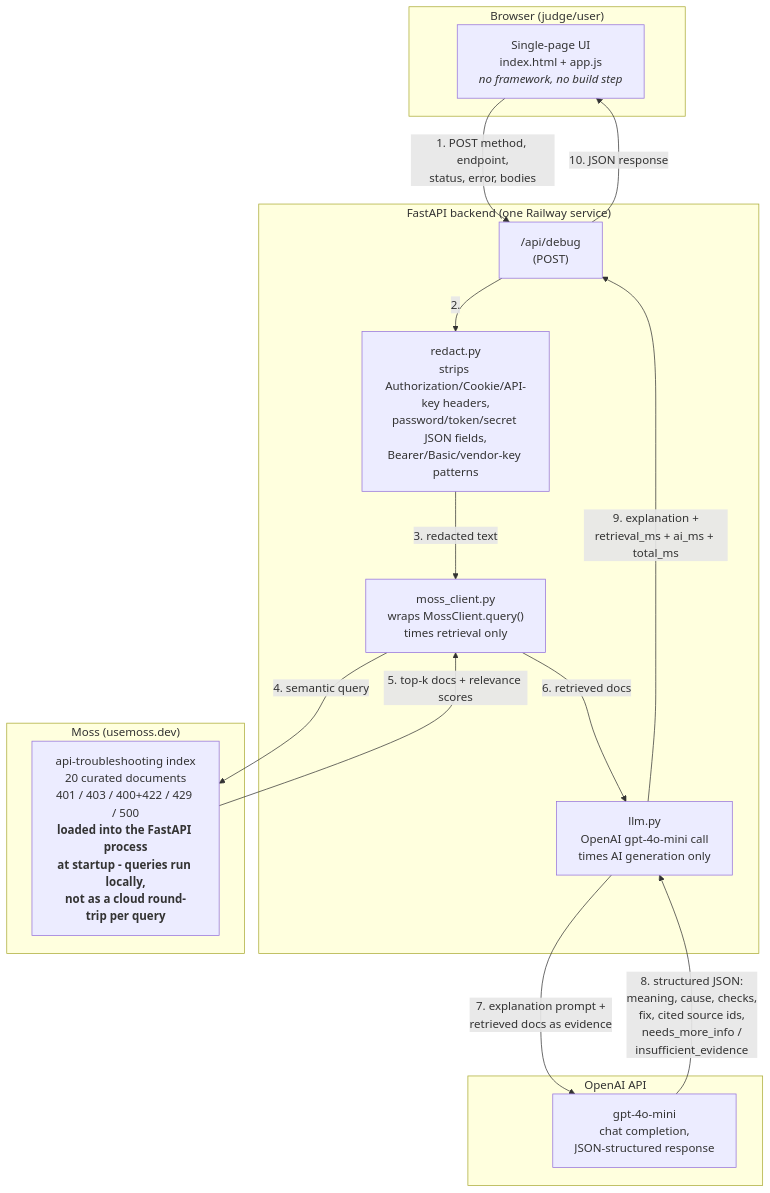
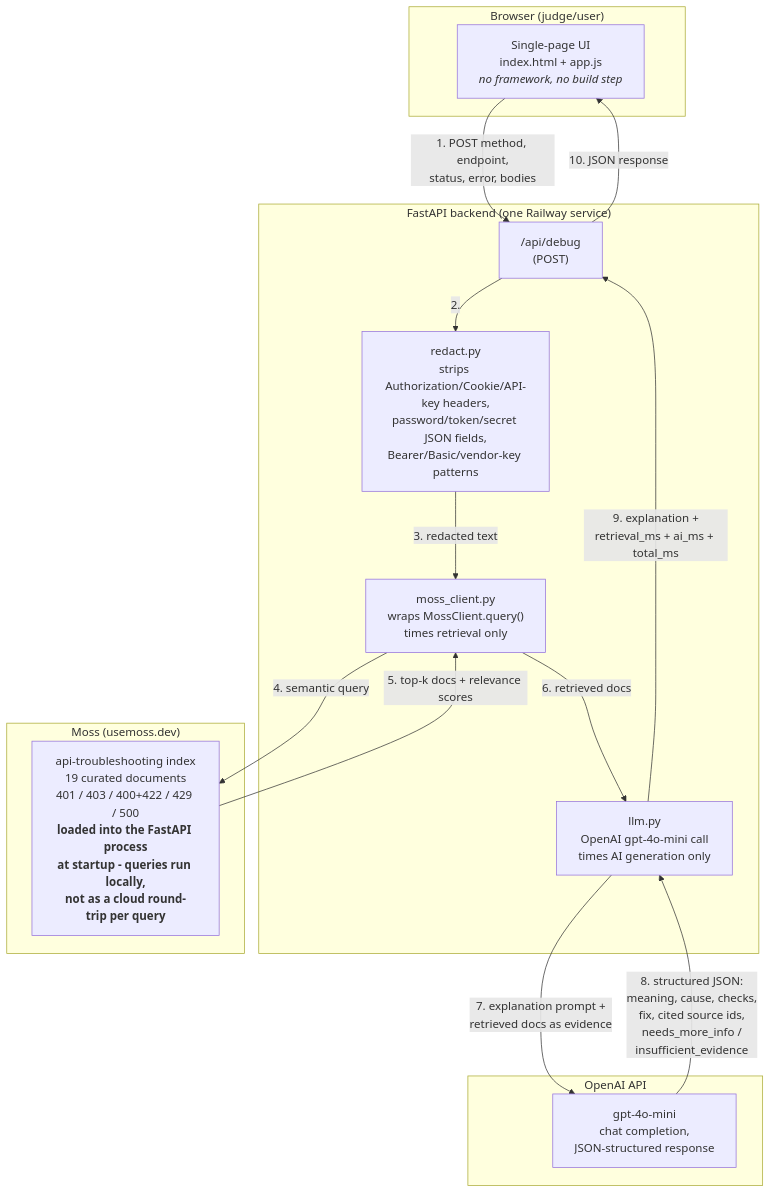
Before and after one commit to Madhuri-4596/reqbro-assist: the diagram in ARCHITECTURE.md, drawn with Mermaid. The commit also changed other lines of this file and 8 other files, not shown here.

````diff
--- a/ARCHITECTURE.md
+++ b/ARCHITECTURE.md
@@ -5,32 +5,32 @@
 ```mermaid
 flowchart TB
     subgraph Client["Browser (judge/user)"]
         UI["Single-page UI<br/>index.html + app.js<br/><i>no framework, no build step</i>"]
     end
 
     subgraph Server["FastAPI backend (one Railway service)"]
         API["/api/debug<br/>(POST)"]
         Redact["redact.py<br/>strips Authorization/Cookie/API-key headers,<br/>password/token/secret JSON fields,<br/>Bearer/Basic/vendor-key patterns"]
         MossClient["moss_client.py<br/>wraps MossClient.query()<br/>times retrieval only"]
         LLM["llm.py<br/>OpenAI gpt-4o-mini call<br/>times AI generation only"]
     end
 
     subgraph MossCloud["Moss (usemoss.dev)"]
-        Index["api-troubleshooting index<br/>20 curated documents<br/>401 / 403 / 400+422 / 429 / 500<br/><b>loaded into the FastAPI process<br/>at startup - queries run locally,<br/>not as a cloud round-trip per query</b>"]
+        Index["api-troubleshooting index<br/>19 curated documents<br/>401 / 403 / 400+422 / 429 / 500<br/><b>loaded into the FastAPI process<br/>at startup - queries run locally,<br/>not as a cloud round-trip per query</b>"]
     end
 
     subgraph OpenAICloud["OpenAI API"]
         Model["gpt-4o-mini<br/>chat completion,<br/>JSON-structured response"]
     end
 
     UI -- "1. POST method, endpoint,<br/>status, error, bodies" --> API
     API -- "2." --> Redact
     Redact -- "3. redacted text" --> MossClient
     MossClient -- "4. semantic query" --> Index
     Index -- "5. top-k docs + relevance scores" --> MossClient
     MossClient -- "6. retrieved docs" --> LLM
     LLM -- "7. explanation prompt +<br/>retrieved docs as evidence" --> Model
     Model -- "8. structured JSON:<br/>meaning, cause, checks,<br/>fix, cited source ids,<br/>needs_more_info /<br/>insufficient_evidence" --> LLM
     LLM -- "9. explanation +<br/>retrieval_ms + ai_ms + total_ms" --> API
     API -- "10. JSON response" --> UI
 ```
````
